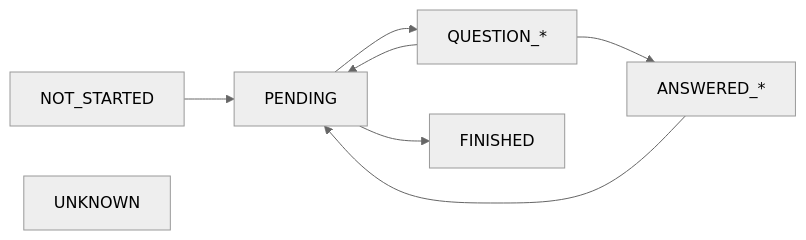
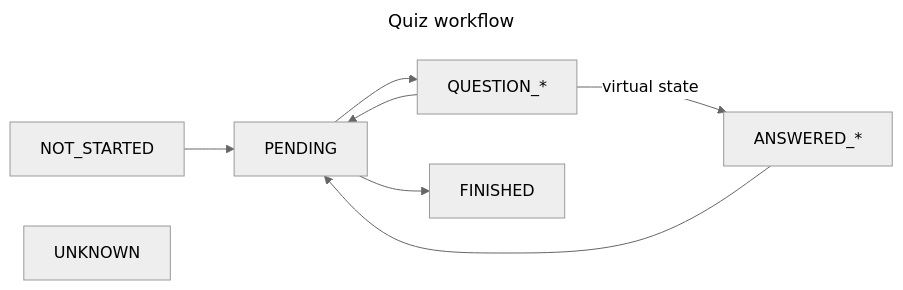
The diagram in README.md (yakanet/pop-quiz), drawn with Mermaid (neutral theme) before and after one commit.

Commit message:
chore: add mermaid descriptions

````diff
--- a/README.md
+++ b/README.md
@@ -37,10 +37,13 @@
 ```mermaid
+---
+title: Quiz workflow
+---
 flowchart LR
     NOT_STARTED --> PENDING
     PENDING --> QUESTION_*
-    QUESTION_* --> ANSWERED_*
+    QUESTION_* --virtual state--> ANSWERED_*
     QUESTION_* --> PENDING
     ANSWERED_* --> PENDING
     PENDING --> FINISHED
     UNKNOWN
 ```
````
